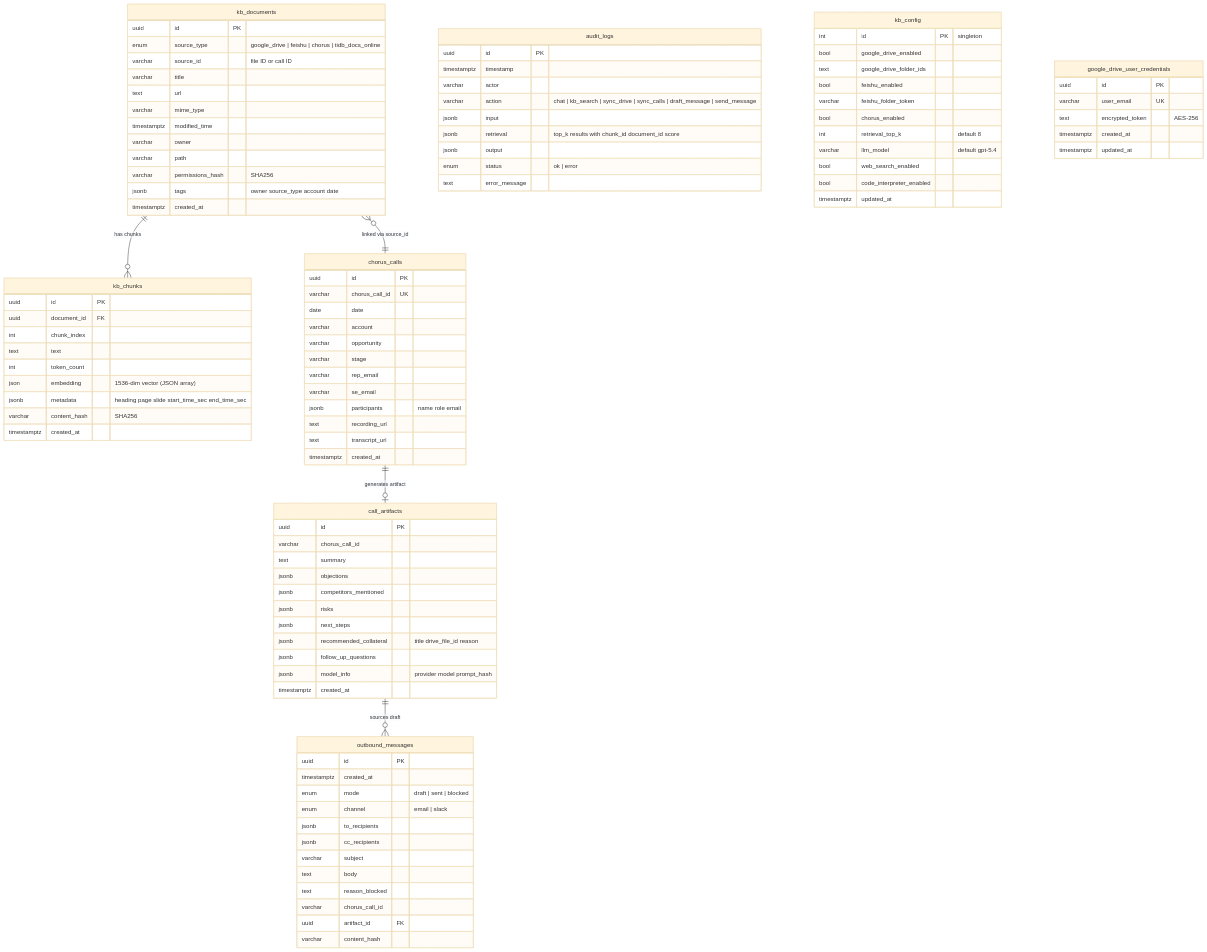
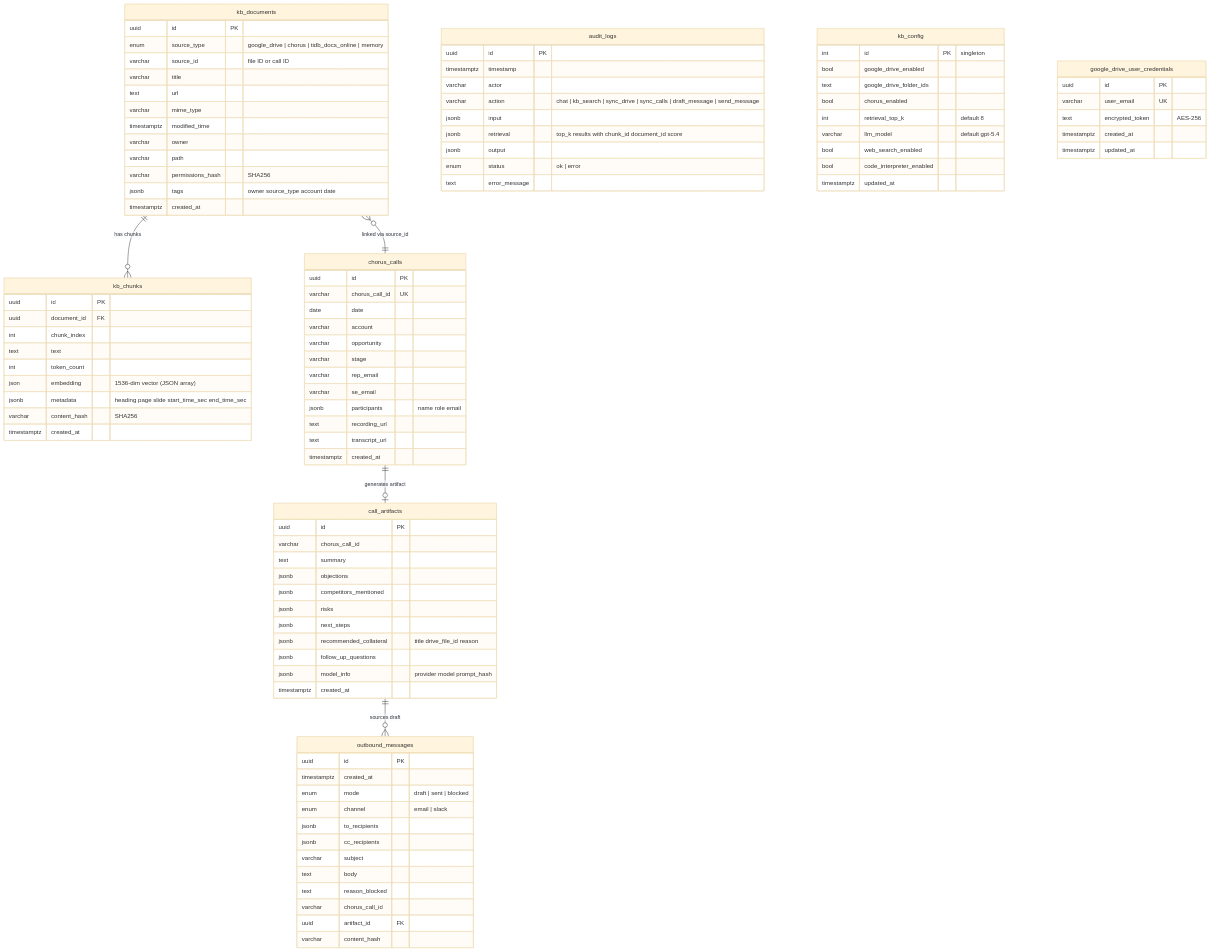
Before and after one commit to stephenlthorn/gtm-copilot-oss: the ninth of 11 diagrams in README.md, drawn with Mermaid (base theme). The commit also changed other lines of this file, not shown here.

First line of the commit message:
docs: update README to reflect Feishu removal and RAG improvements

```diff
--- a/README.md
+++ b/README.md
@@ -508,7 +504,7 @@
 erDiagram
     kb_documents {
         uuid id PK
-        enum source_type "google_drive | feishu | chorus | tidb_docs_online"
+        enum source_type "google_drive | chorus | tidb_docs_online | memory"
         varchar source_id "file ID or call ID"
         varchar title
         text url
@@ -593,8 +589,6 @@
         int id PK "singleton"
         bool google_drive_enabled
         text google_drive_folder_ids
-        bool feishu_enabled
-        varchar feishu_folder_token
         bool chorus_enabled
         int retrieval_top_k "default 8"
         varchar llm_model "default gpt-5.4"
```
